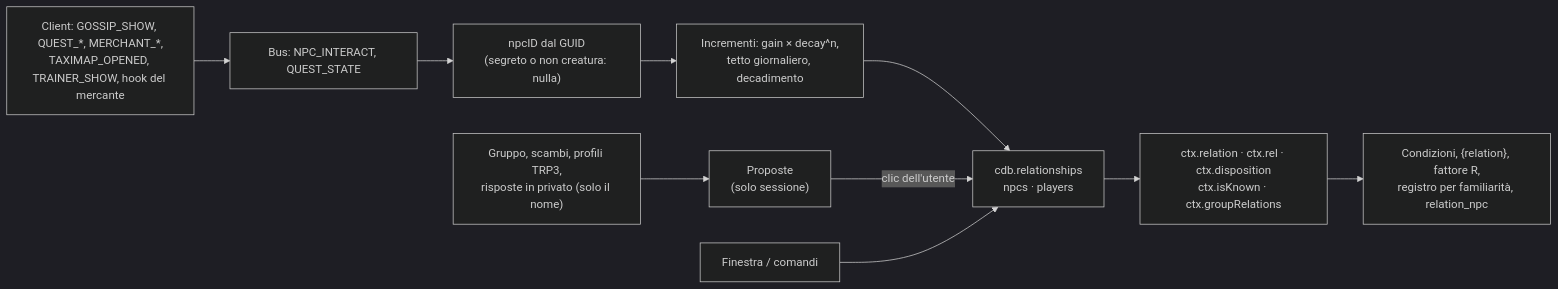
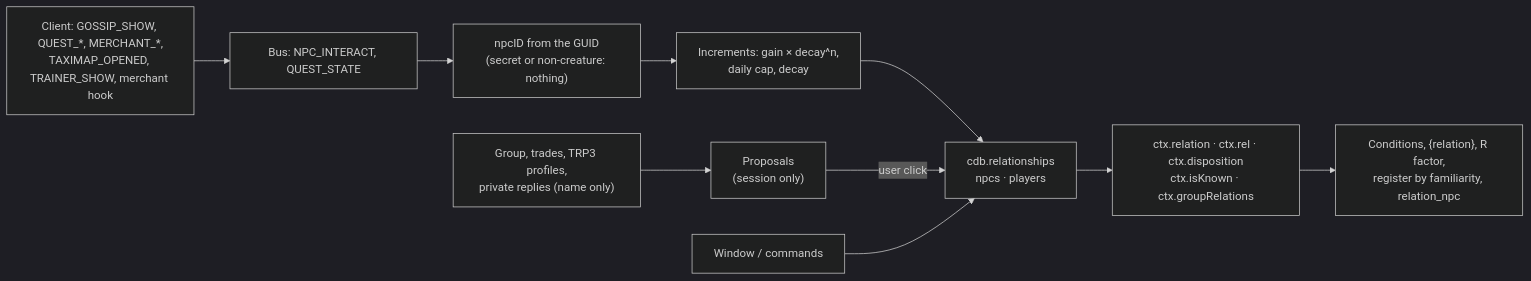
One commit to Finland6738/azeroth-unspoken changed the eighth of 14 diagrams in docs/ARCHITECTURE.md. Above: the diagram before and after it, drawn with Mermaid (dark theme). The commit also changed other lines of this file and 31 other files, not shown here.

````diff
--- a/docs/ARCHITECTURE.md
+++ b/docs/ARCHITECTURE.md
@@ -361,12 +361,12 @@
 ```mermaid
 flowchart LR
-    W["Client: GOSSIP_SHOW, QUEST_*, MERCHANT_*,<br/>TAXIMAP_OPENED, TRAINER_SHOW, hook del mercante"] --> B["Bus: NPC_INTERACT, QUEST_STATE"]
-    B --> N["npcID dal GUID<br/>(segreto o non creatura: nulla)"]
-    N --> I["Incrementi: gain × decay^n,<br/>tetto giornaliero, decadimento"]
+    W["Client: GOSSIP_SHOW, QUEST_*, MERCHANT_*,<br/>TAXIMAP_OPENED, TRAINER_SHOW, merchant hook"] --> B["Bus: NPC_INTERACT, QUEST_STATE"]
+    B --> N["npcID from the GUID<br/>(secret or non-creature: nothing)"]
+    N --> I["Increments: gain × decay^n,<br/>daily cap, decay"]
     I --> D["cdb.relationships<br/>npcs · players"]
-    G["Gruppo, scambi, profili TRP3,<br/>risposte in privato (solo il nome)"] --> C["Proposte<br/>(solo sessione)"]
-    C -- "clic dell'utente" --> D
-    U["Finestra / comandi"] --> D
+    G["Group, trades, TRP3 profiles,<br/>private replies (name only)"] --> C["Proposals<br/>(session only)"]
+    C -- "user click" --> D
+    U["Window / commands"] --> D
     D --> X["ctx.relation · ctx.rel · ctx.disposition<br/>ctx.isKnown · ctx.groupRelations"]
-    X --> R["Condizioni, {relation}, fattore R,<br/>registro per familiarità, relation_npc"]
+    X --> R["Conditions, {relation}, R factor,<br/>register by familiarity, relation_npc"]
 ```
````
